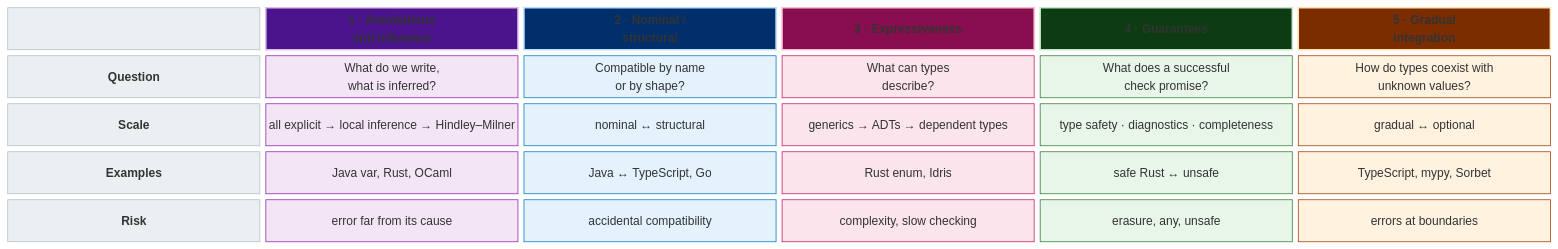
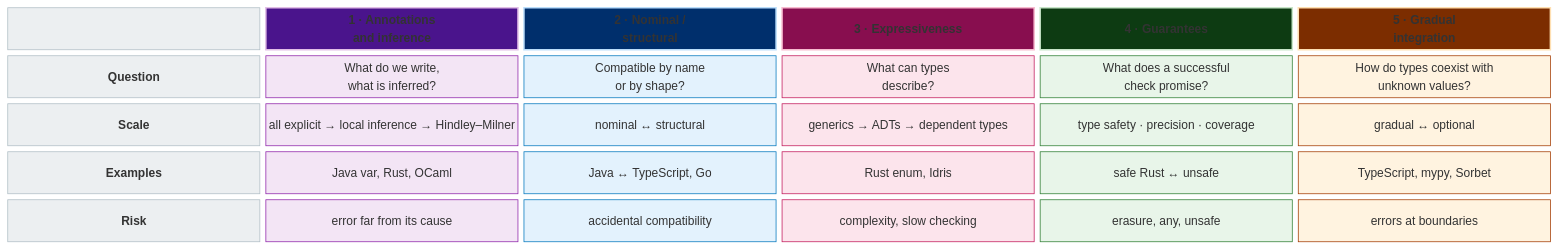
The fifth of 8 diagrams in docs/maps/paradigms-map.md (akardapolov/software-atlas), drawn with Mermaid before and after one commit. The commit also changed other lines of this file, not shown here.

````diff
--- a/docs/maps/paradigms-map.md
+++ b/docs/maps/paradigms-map.md
@@ -703,63 +714,63 @@
 ```mermaid
 block-beta
     columns 6
 
     L0[" "]
     H1["<b>1 · Annotations<br/>and inference</b>"]
     H2["<b>2 · Nominal /<br/>structural</b>"]
     H3["<b>3 · Expressiveness</b>"]
     H4["<b>4 · Guarantees</b>"]
     H5["<b>5 · Gradual<br/>integration</b>"]
 
     L1["<b>Question</b>"]
     Q1["What do we write,<br/>what is inferred?"]
     Q2["Compatible by name<br/>or by shape?"]
     Q3["What can types<br/>describe?"]
     Q4["What does a successful<br/>check promise?"]
     Q5["How do types coexist with<br/>unknown values?"]
 
     L2["<b>Scale</b>"]
     V1["all explicit → local inference → Hindley–Milner"]
     V2["nominal ↔ structural"]
     V3["generics → ADTs → dependent types"]
-    V4["type safety · diagnostics · completeness"]
+    V4["type safety · precision · coverage"]
     V5["gradual ↔ optional"]
 
     L3["<b>Examples</b>"]
     E1["Java var, Rust, OCaml"]
     E2["Java ↔ TypeScript, Go"]
     E3["Rust enum, Idris"]
     E4["safe Rust ↔ unsafe"]
     E5["TypeScript, mypy, Sorbet"]
 
     L4["<b>Risk</b>"]
     R1["error far from its cause"]
     R2["accidental compatibility"]
     R3["complexity, slow checking"]
     R4["erasure, any, unsafe"]
     R5["errors at boundaries"]
 
     classDef lbl fill:#eceff1,color:#263238,stroke:#b0bec5
     classDef h1 fill:#4a148c,color:#fff,stroke:#e1bee7,stroke-width:2px
     classDef h2 fill:#002f6c,color:#fff,stroke:#bbdefb,stroke-width:2px
     classDef h3 fill:#880e4f,color:#fff,stroke:#f8bbd0,stroke-width:2px
     classDef h4 fill:#0d3b12,color:#fff,stroke:#c8e6c9,stroke-width:2px
     classDef h5 fill:#7c2d00,color:#fff,stroke:#ffe0b2,stroke-width:2px
     classDef c1 fill:#f3e5f5,color:#000,stroke:#8e24aa
     classDef c2 fill:#e3f2fd,color:#000,stroke:#0277bd
     classDef c3 fill:#fce4ec,color:#000,stroke:#c2185b
     classDef c4 fill:#e8f5e9,color:#000,stroke:#2e7d32
     classDef c5 fill:#fff3e0,color:#000,stroke:#a33a00
 
     class L0,L1,L2,L3,L4 lbl
     class H1 h1
     class H2 h2
     class H3 h3
     class H4 h4
     class H5 h5
     class Q1,V1,E1,R1 c1
     class Q2,V2,E2,R2 c2
     class Q3,V3,E3,R3 c3
     class Q4,V4,E4,R4 c4
     class Q5,V5,E5,R5 c5
 ```
````
